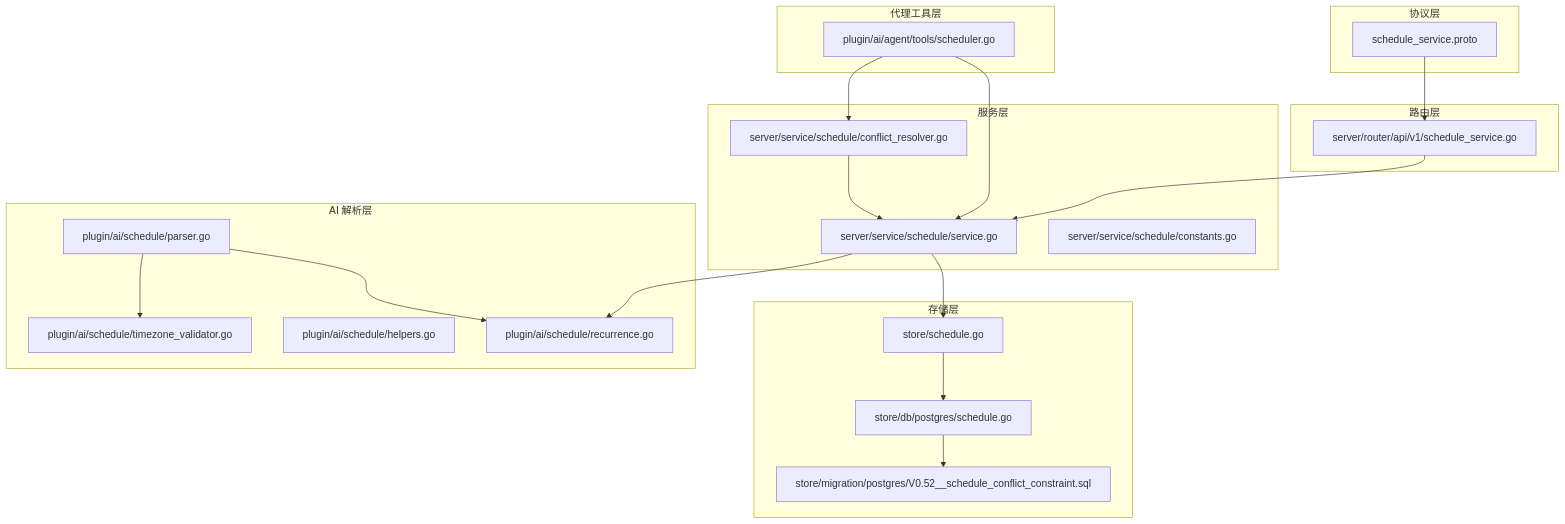
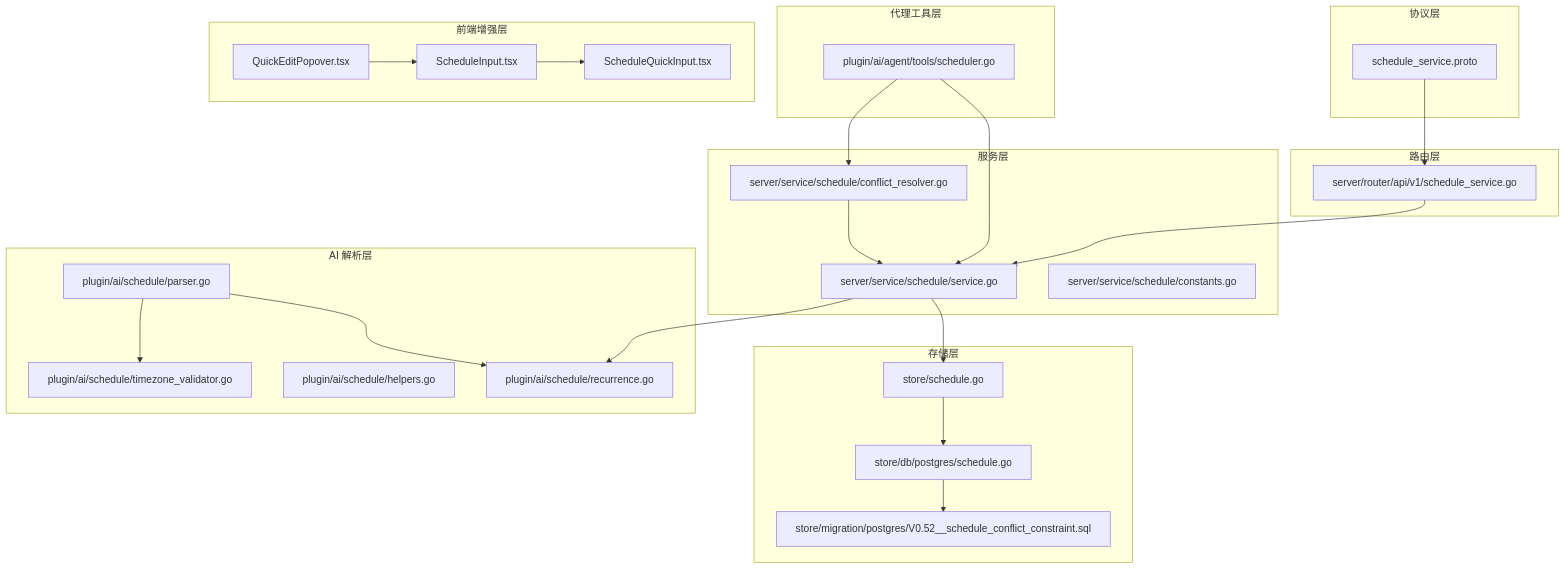
The first of 10 diagrams in .qoder/repowiki/zh/content/日程管理系统/日程管理系统.md (hrygo/memos), drawn with Mermaid before and after one commit. The commit also changed other lines of this file and 29 other files, not shown here.

````diff
--- a/.qoder/repowiki/zh/content/日程管理系统/日程管理系统.md
+++ b/.qoder/repowiki/zh/content/日程管理系统/日程管理系统.md
@@ -55,39 +73,46 @@
 ```mermaid
 graph TB
 subgraph "协议层"
 P1["schedule_service.proto"]
 end
 subgraph "服务层"
 S1["server/service/schedule/service.go"]
 S2["server/service/schedule/conflict_resolver.go"]
 S3["server/service/schedule/constants.go"]
 end
 subgraph "存储层"
 ST1["store/schedule.go"]
 ST2["store/db/postgres/schedule.go"]
 MIG["store/migration/postgres/V0.52__schedule_conflict_constraint.sql"]
 end
 subgraph "AI 解析层"
 A1["plugin/ai/schedule/parser.go"]
 A2["plugin/ai/schedule/recurrence.go"]
 A3["plugin/ai/schedule/helpers.go"]
 A4["plugin/ai/schedule/timezone_validator.go"]
 end
 subgraph "代理工具层"
 T1["plugin/ai/agent/tools/scheduler.go"]
 end
+subgraph "前端增强层"
+F1["QuickEditPopover.tsx"]
+F2["ScheduleInput.tsx"]
+F3["ScheduleQuickInput.tsx"]
+end
 subgraph "路由层"
 R1["server/router/api/v1/schedule_service.go"]
 end
 P1 --> R1
 R1 --> S1
 S1 --> ST1
 ST1 --> ST2
 S1 --> A2
 S2 --> S1
 A1 --> A2
 A1 --> A4
 T1 --> S1
 T1 --> S2
 ST2 --> MIG
+F1 --> F2
+F2 --> F3
 ```
````
